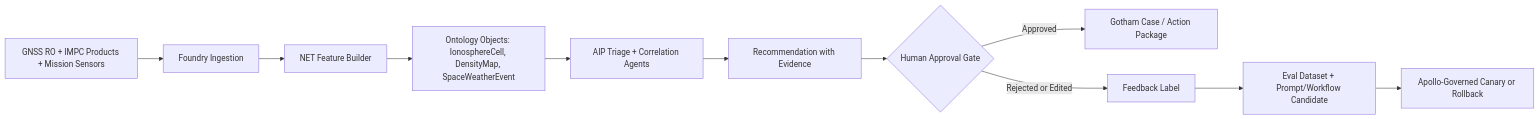
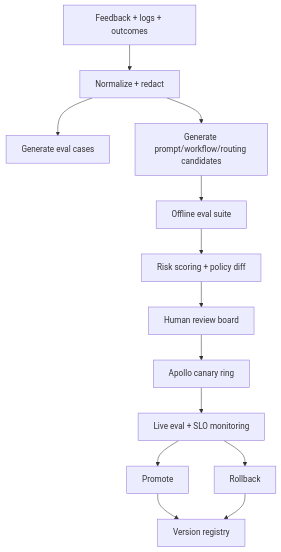
One commit to ClearGlassInc/ClearGlassIncorporated-Desmond changed the third of 3 diagrams in ARTEMIS_SELF_EVOLVING_PLATFORM_BLUEPRINT.md. Above: the diagram before and after it, drawn with Mermaid. The commit also changed other lines of this file, not shown here.

````diff
--- a/ARTEMIS_SELF_EVOLVING_PLATFORM_BLUEPRINT.md
+++ b/ARTEMIS_SELF_EVOLVING_PLATFORM_BLUEPRINT.md
@@ -302,13 +245,15 @@
 ```mermaid
-flowchart LR
-  A[GNSS RO + IMPC Products + Mission Sensors] --> B[Foundry Ingestion]
-  B --> C[NET Feature Builder]
-  C --> D[Ontology Objects: IonosphereCell, DensityMap, SpaceWeatherEvent]
-  D --> E[AIP Triage + Correlation Agents]
-  E --> F[Recommendation with Evidence]
-  F --> G{Human Approval Gate}
-  G -->|Approved| H[Gotham Case / Action Package]
-  G -->|Rejected or Edited| I[Feedback Label]
-  I --> J[Eval Dataset + Prompt/Workflow Candidate]
-  J --> K[Apollo-Governed Canary or Rollback]
+flowchart TD
+  Signals[Feedback + logs + outcomes] --> Normalize[Normalize + redact]
+  Normalize --> Evals[Generate eval cases]
+  Normalize --> Candidates[Generate prompt/workflow/routing candidates]
+  Candidates --> Offline[Offline eval suite]
+  Offline --> Risk[Risk scoring + policy diff]
+  Risk --> Review[Human review board]
+  Review --> Canary[Apollo canary ring]
+  Canary --> Monitor[Live eval + SLO monitoring]
+  Monitor --> Promote[Promote]
+  Monitor --> Rollback[Rollback]
+  Promote --> Registry[Version registry]
+  Rollback --> Registry
 ```
````
